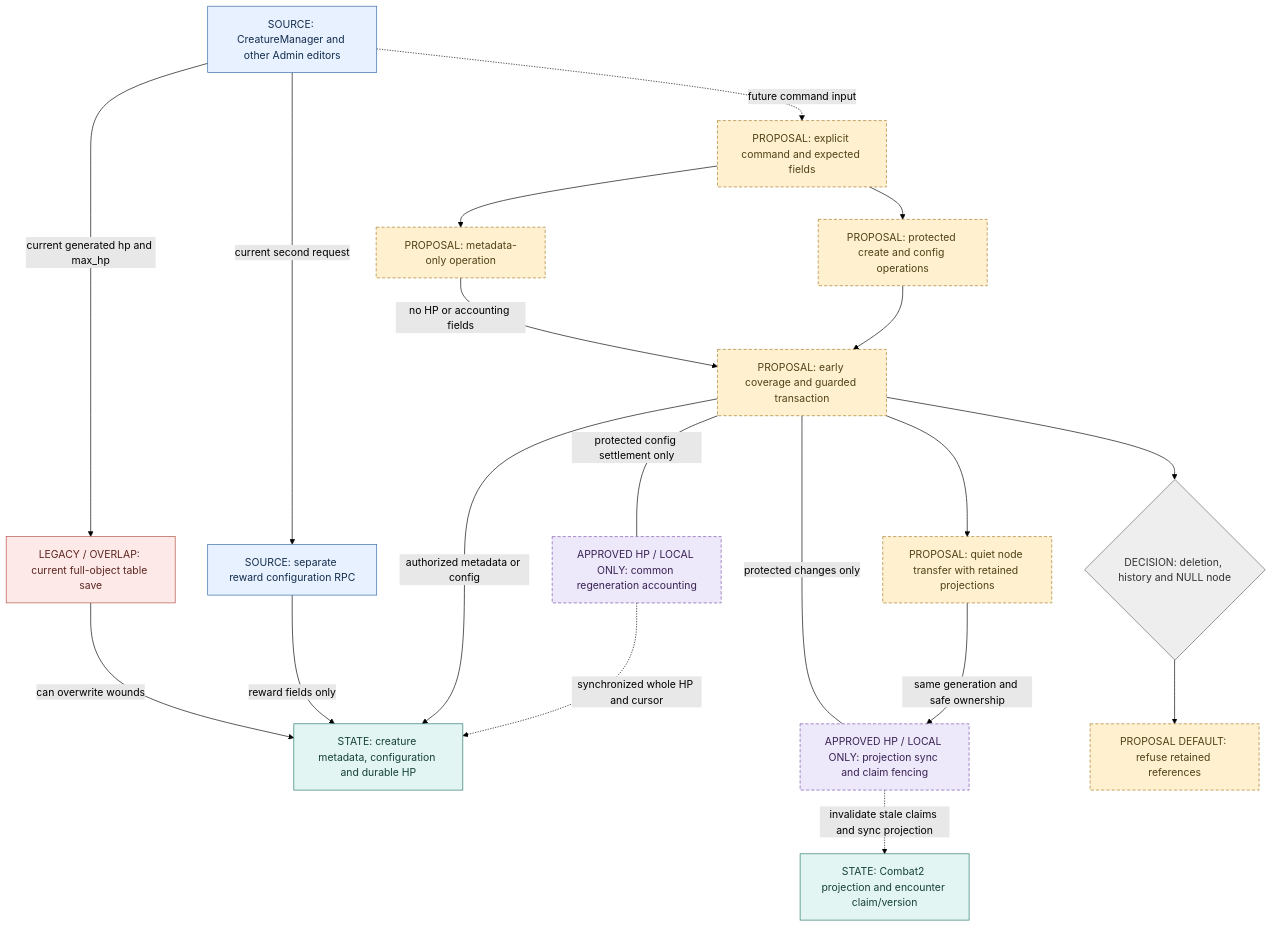
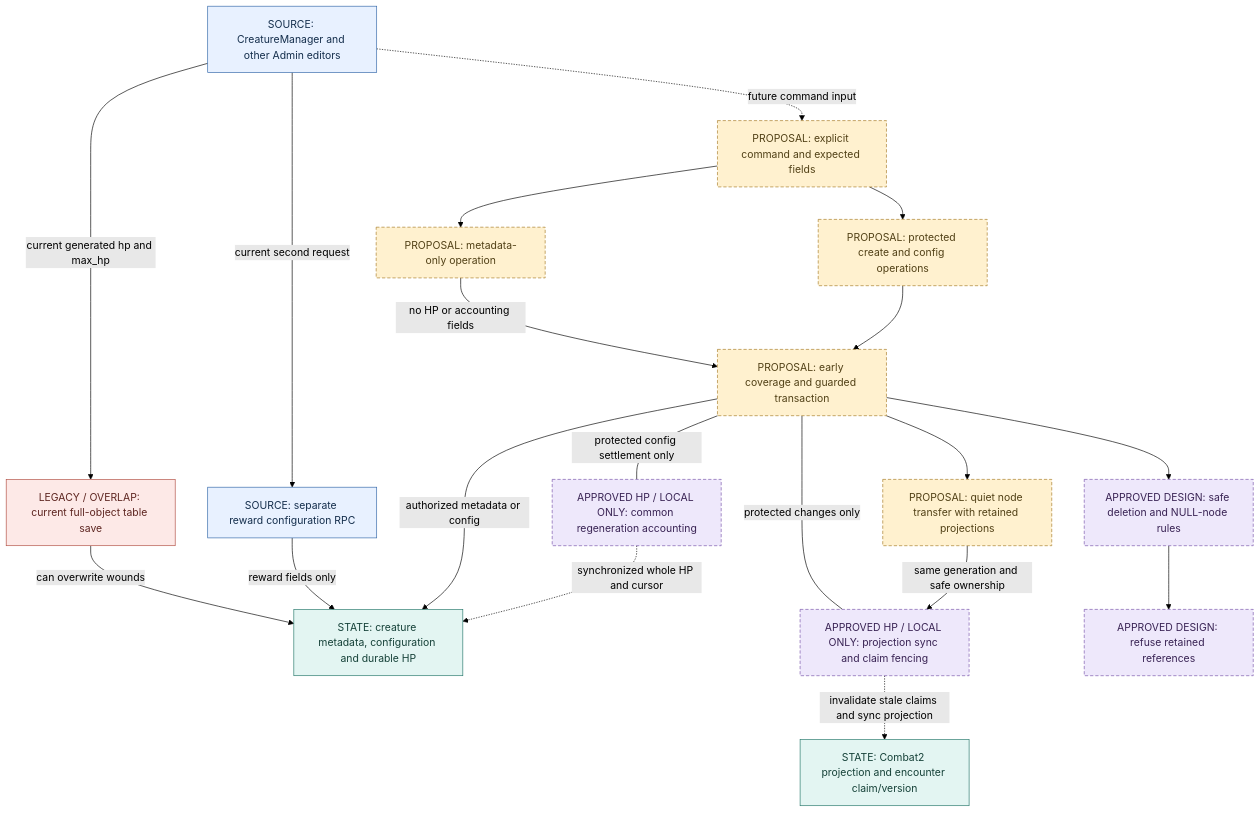
One commit to mpfark/wov changed the diagram in docs/architecture/creature-admin-authority.md. Above: the diagram before and after it, drawn with Mermaid (forest theme). The commit also changed other lines of this file and 9 other files, not shown here.

````diff
--- a/docs/architecture/creature-admin-authority.md
+++ b/docs/architecture/creature-admin-authority.md
@@ -5,42 +5,42 @@
 ```mermaid
 flowchart TB
   UI["SOURCE: CreatureManager and other Admin editors"]:::source
   RAW["LEGACY / OVERLAP: current full-object table save"]:::legacy
   REWARD["SOURCE: separate reward configuration RPC"]:::source
   INPUT["PROPOSAL: explicit command and expected fields"]:::proposal
   META["PROPOSAL: metadata-only operation"]:::proposal
   CONFIG["PROPOSAL: protected create and config operations"]:::proposal
   LOCK["PROPOSAL: early coverage and guarded transaction"]:::proposal
   HP["STATE: creature metadata, configuration and durable HP"]:::state
   ACCOUNT["APPROVED HP / LOCAL ONLY: common regeneration accounting"]:::future
   FENCE["APPROVED HP / LOCAL ONLY: projection sync and claim fencing"]:::future
   PROJ["STATE: Combat2 projection and encounter claim/version"]:::state
   NODE["PROPOSAL: quiet node transfer with retained projections"]:::proposal
-  CHOICE{"DECISION: deletion, history and NULL node"}:::decision
-  RETAIN["PROPOSAL DEFAULT: refuse retained references"]:::proposal
+  CHOICE["APPROVED DESIGN: safe deletion and NULL-node rules"]:::future
+  RETAIN["APPROVED DESIGN: refuse retained references"]:::future
 
   UI -->|current generated hp and max_hp| RAW
   RAW -->|can overwrite wounds| HP
   UI -->|current second request| REWARD
   REWARD -->|reward fields only| HP
   UI -.->|future command input| INPUT
   INPUT --> META
   INPUT --> CONFIG
   META -->|no HP or accounting fields| LOCK
   CONFIG --> LOCK
   LOCK -->|authorized metadata or config| HP
   LOCK ---|protected config settlement only| ACCOUNT
   ACCOUNT -.->|synchronized whole HP and cursor| HP
   LOCK ---|protected changes only| FENCE
   LOCK --> NODE
   NODE -->|same generation and safe ownership| FENCE
   LOCK --> CHOICE --> RETAIN
   FENCE -.->|invalidate stale claims and sync projection| PROJ
 
   classDef source fill:#e8f1ff,stroke:#3267a8,color:#142e4c
   classDef state fill:#e3f5f2,stroke:#26776a,color:#154138
   classDef future fill:#eee8fb,stroke:#7853aa,color:#382253,stroke-dasharray:5 3
   classDef legacy fill:#fde9e7,stroke:#b14e43,color:#5d2520
   classDef proposal fill:#fff1cf,stroke:#a67a24,color:#514016,stroke-dasharray:5 3
   classDef decision fill:#eeeeee,stroke:#666666,color:#333333
 ```
````
